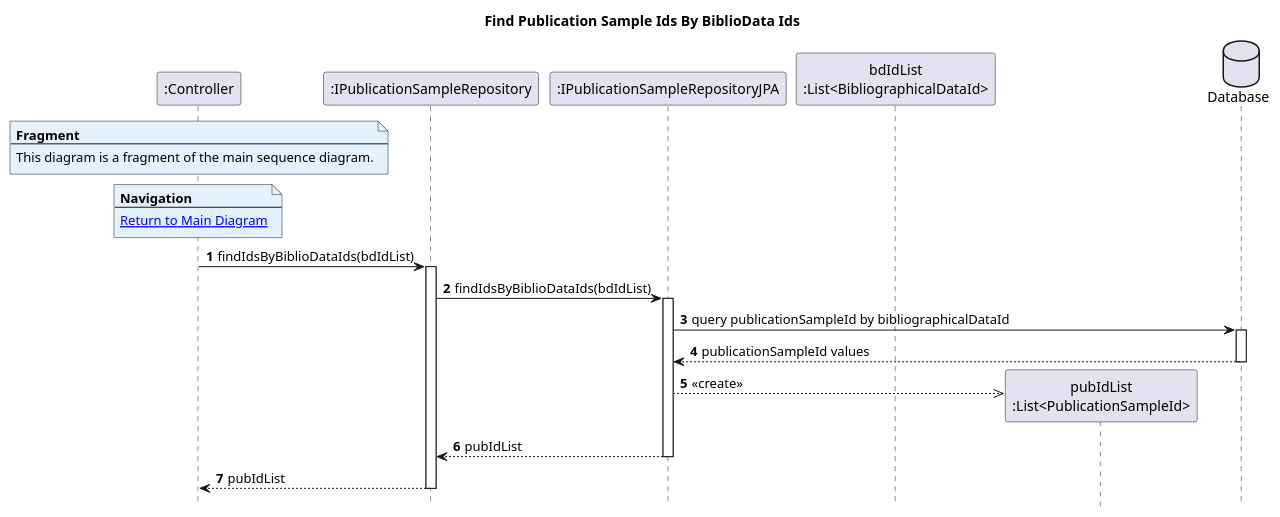
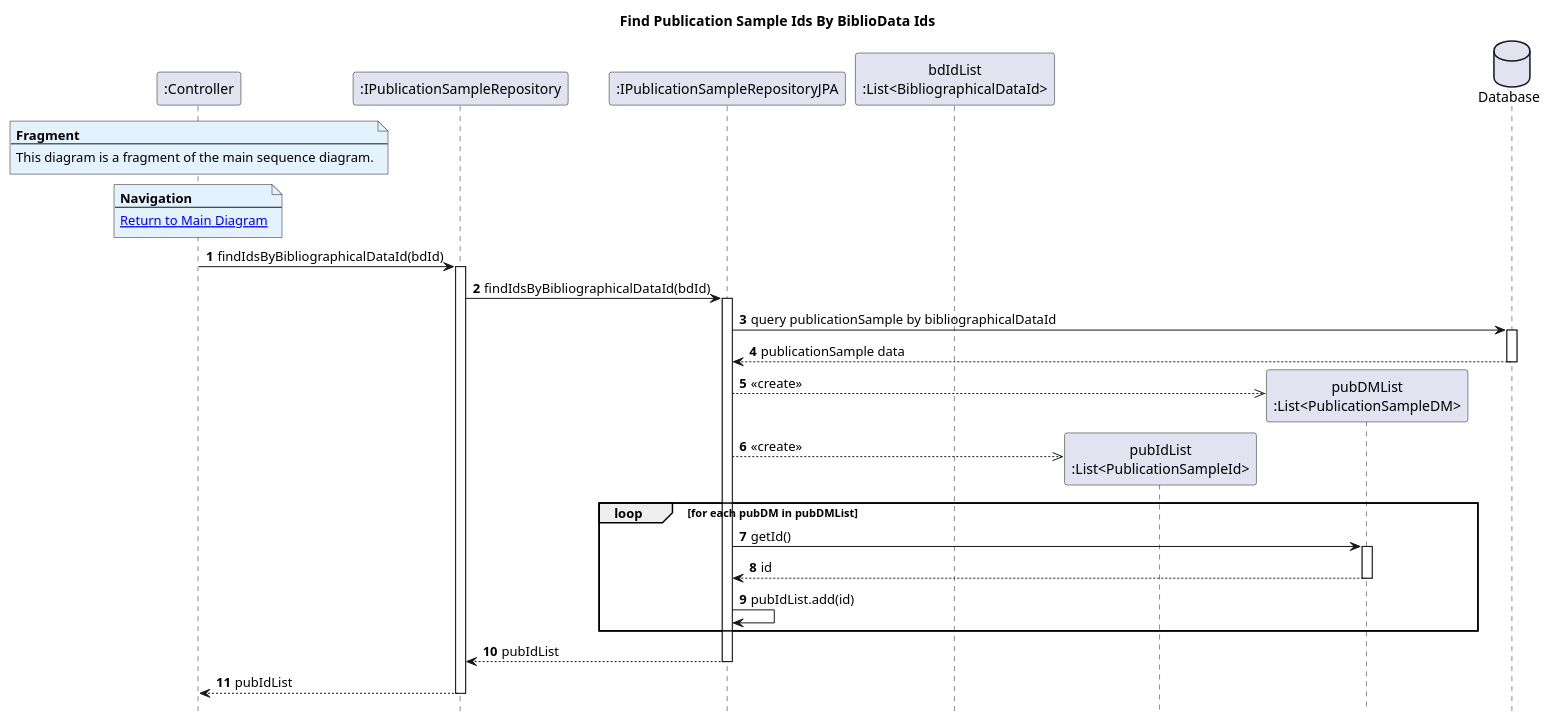
One commit to AndrePereiraGitH/SWitCH-Project-Team_A changed the diagram in Diagrams/SequenceDiagrams/N2/To-get-list-of-items-in-auction-of-a-given-author/4.FindPublicationSampleIdsByBiblioDataIds.puml. Above: the diagram before and after it, drawn with PlantUML. The commit also changed 4 other files, not shown here.

```diff
--- a/Diagrams/SequenceDiagrams/N2/To-get-list-of-items-in-auction-of-a-given-author/4.FindPublicationSampleIdsByBiblioDataIds.puml
+++ b/Diagrams/SequenceDiagrams/N2/To-get-list-of-items-in-auction-of-a-given-author/4.FindPublicationSampleIdsByBiblioDataIds.puml
@@ -1,43 +1,55 @@
 @startuml
 hide footbox
 autonumber
 title Find Publication Sample Ids By BiblioData Ids
 
 participant ":Controller" as Ctrl
 participant ":IPublicationSampleRepository" as pubRepo
 participant ":IPublicationSampleRepositoryJPA" as pubRepoJPA
 participant "bdIdList\n:List<BibliographicalDataId>" as bdIdList
 participant "pubIdList\n:List<PublicationSampleId>" as pubIdList
+participant "pubDMList\n:List<PublicationSampleDM>" as pubDMList
 database "Database" as db
 
 note over Ctrl #E3F2FD
 <b>Fragment</b>
 ---
 This diagram is a fragment of the main sequence diagram.
 end note
 
 note over Ctrl #E3F2FD
 <b>Navigation</b>
 ---
 [[1.MainDiagram.puml Return to Main Diagram]]
 end note
 
-Ctrl -> pubRepo : findIdsByBiblioDataIds(bdIdList)
+Ctrl -> pubRepo : findIdsByBibliographicalDataId(bdId)
 activate pubRepo
 
-pubRepo -> pubRepoJPA : findIdsByBiblioDataIds(bdIdList)
+pubRepo -> pubRepoJPA : findIdsByBibliographicalDataId(bdId)
 activate pubRepoJPA
 
-pubRepoJPA -> db : query publicationSampleId by bibliographicalDataId
+pubRepoJPA -> db : query publicationSample by bibliographicalDataId
 activate db
-db --> pubRepoJPA : publicationSampleId values
+db --> pubRepoJPA : publicationSample data
 deactivate db
 
+pubRepoJPA -->> pubDMList ** : <<create>>
+
 pubRepoJPA -->> pubIdList ** : <<create>>
+
+loop for each pubDM in pubDMList
+pubRepoJPA -> pubDMList : getId()
+activate pubDMList
+pubDMList --> pubRepoJPA : id
+deactivate pubDMList
+pubRepoJPA -> pubRepoJPA : pubIdList.add(id)
+end
+
 pubRepoJPA --> pubRepo : pubIdList
 deactivate pubRepoJPA
 
 pubRepo --> Ctrl : pubIdList
 deactivate pubRepo
 
 @enduml
```
